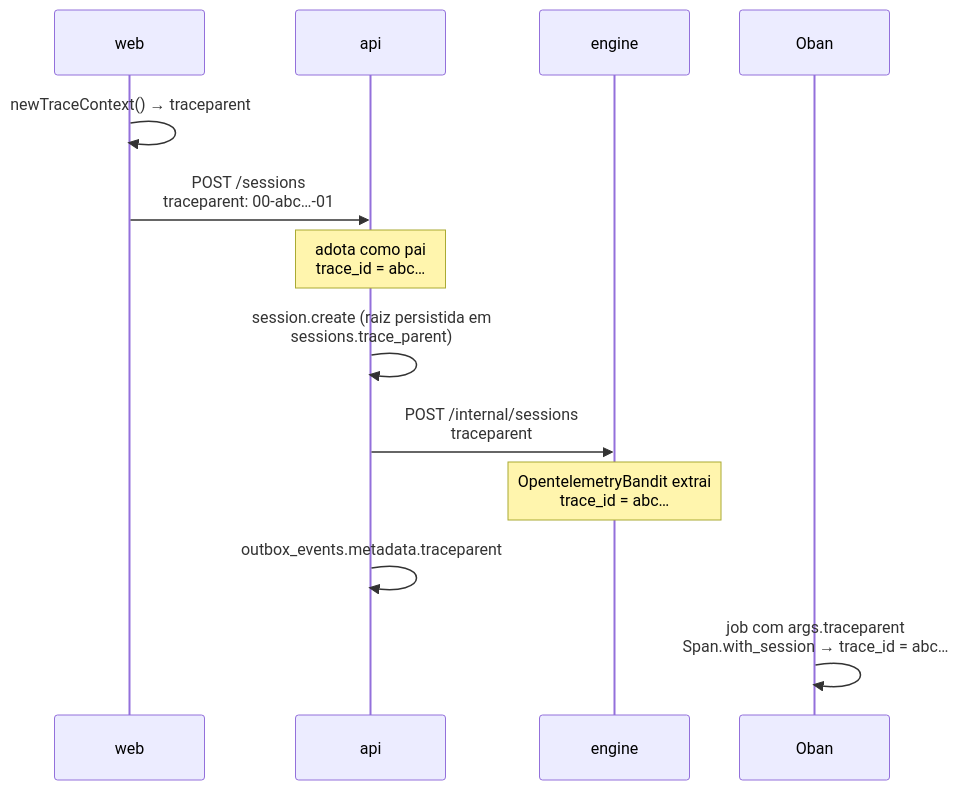
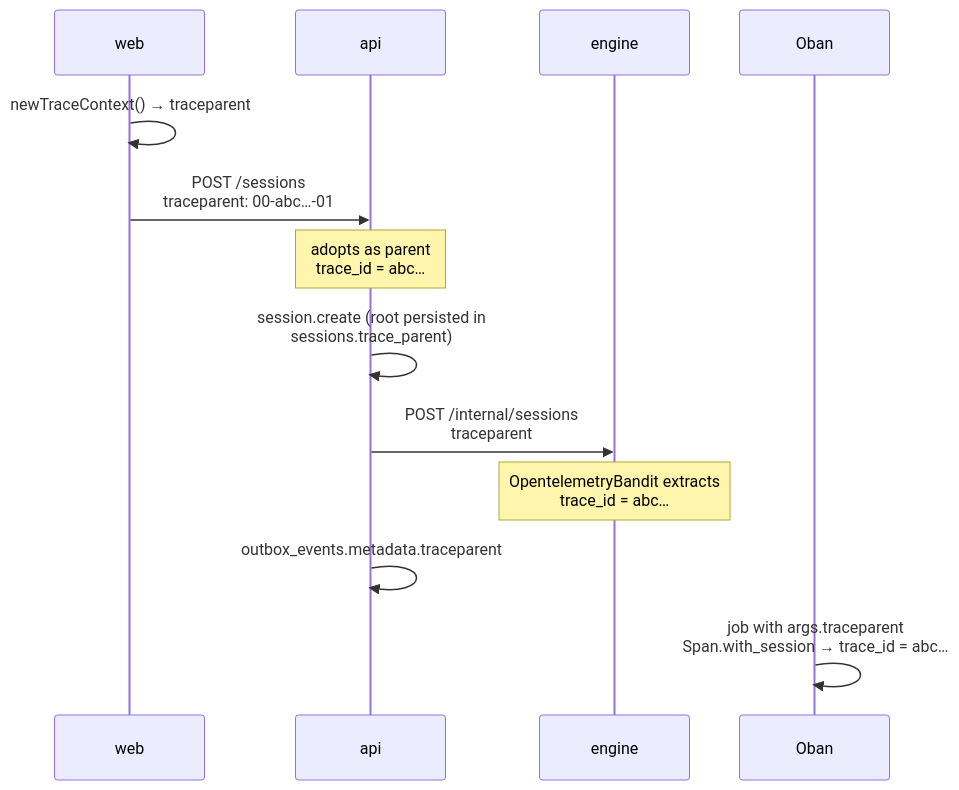
Before and after one commit to daneiel/brabo: the diagram in docs/explanation/observability.md, drawn with Mermaid. The commit also changed other lines of this file and 303 other files, not shown here.

````diff
--- a/docs/explanation/observability.md
+++ b/docs/explanation/observability.md
@@ -54,16 +59,16 @@
 ```mermaid
 sequenceDiagram
     participant W as web
     participant A as api
     participant E as engine
     participant O as Oban
 
     W->>W: newTraceContext() → traceparent
     W->>A: POST /sessions<br/>traceparent: 00-abc…-01
-    Note over A: adota como pai<br/>trace_id = abc…
-    A->>A: session.create (raiz persistida em<br/>sessions.trace_parent)
+    Note over A: adopts as parent<br/>trace_id = abc…
+    A->>A: session.create (root persisted in<br/>sessions.trace_parent)
     A->>E: POST /internal/sessions<br/>traceparent
-    Note over E: OpentelemetryBandit extrai<br/>trace_id = abc…
+    Note over E: OpentelemetryBandit extracts<br/>trace_id = abc…
     A->>A: outbox_events.metadata.traceparent
-    O->>O: job com args.traceparent<br/>Span.with_session → trace_id = abc…
+    O->>O: job with args.traceparent<br/>Span.with_session → trace_id = abc…
 ```
````
